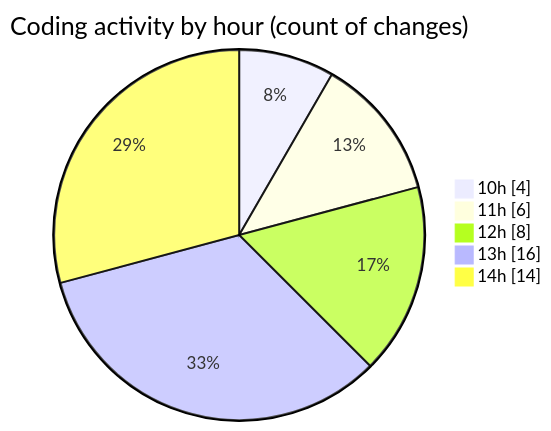
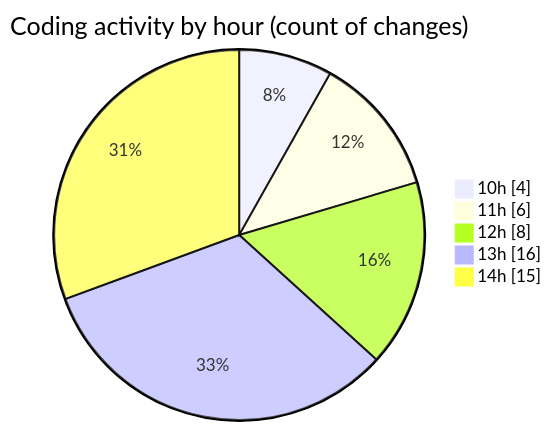
One commit to LanceThiago/code-tracking changed the second of 2 diagrams in 2025-10-03/totem2/README.md. Above: the diagram before and after it, drawn with Mermaid. The commit also changed other lines of this file and 1 other file, not shown here.

````diff
--- a/2025-10-03/totem2/README.md
+++ b/2025-10-03/totem2/README.md
@@ -30,9 +30,9 @@
 ```mermaid
 pie showData
 title Coding activity by hour (count of changes)
 "10h" : 4
 "11h" : 6
 "12h" : 8
 "13h" : 16
-"14h" : 14
+"14h" : 15
 ```
````
